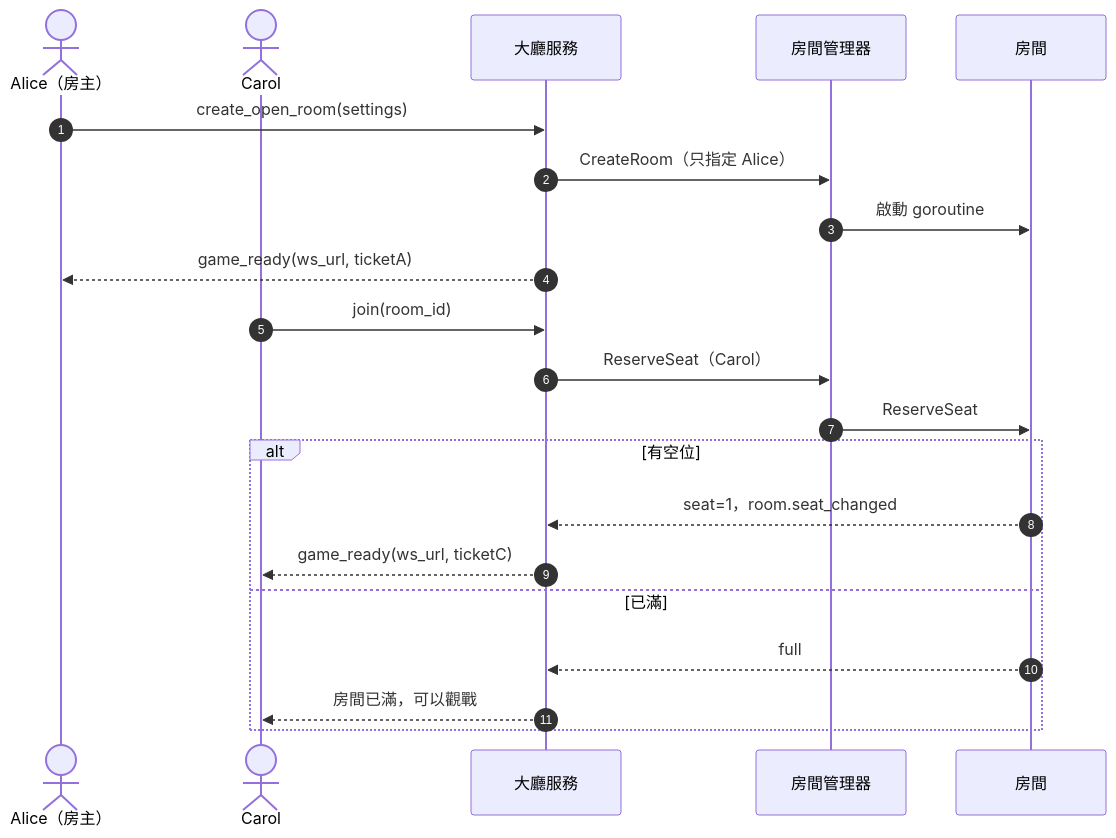
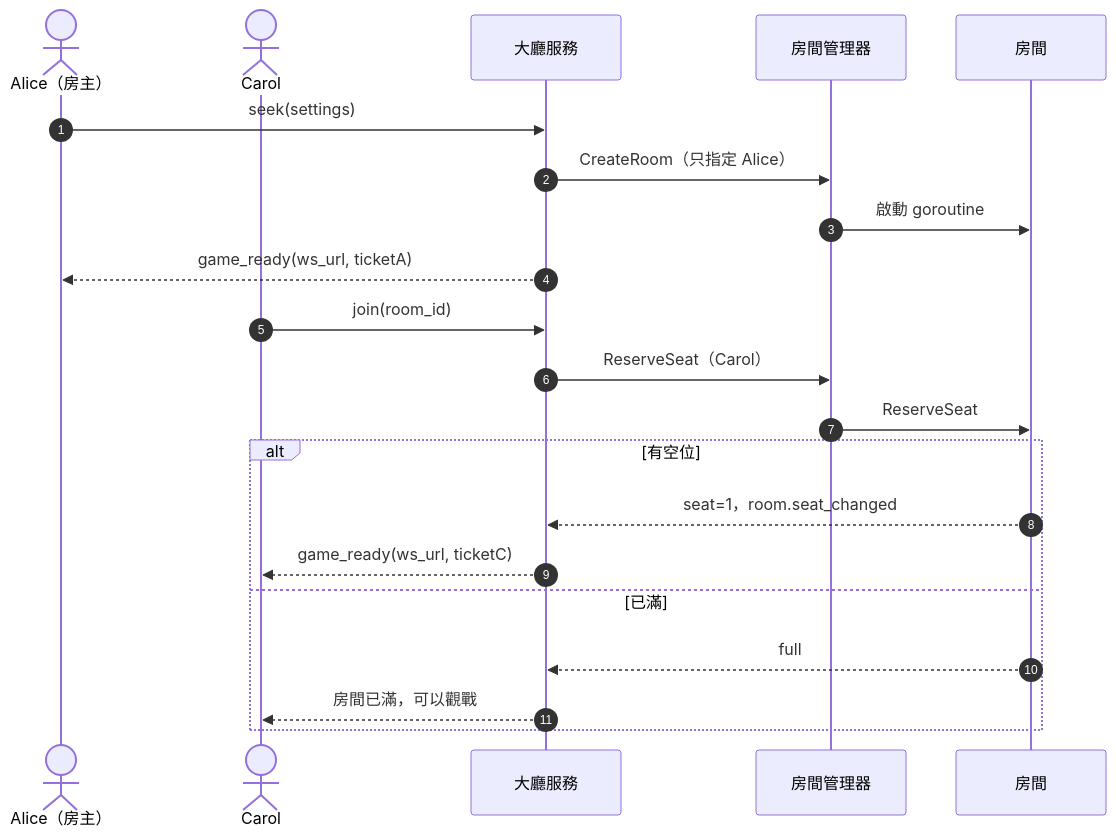
The fourth of 4 diagrams in docs/spec_v1.md (yshsu0918/yi-arena), drawn with Mermaid before and after one commit. The commit also changed other lines of this file and 4 other files, not shown here.

````diff
--- a/docs/spec_v1.md
+++ b/docs/spec_v1.md
@@ -342,24 +343,24 @@
 ```mermaid
 sequenceDiagram
   autonumber
   actor A as Alice（房主）
   actor C as Carol
   participant L as 大廳服務
   participant M as 房間管理器
   participant R as 房間
 
-  A->>L: create_open_room(settings)
+  A->>L: seek(settings)
   L->>M: CreateRoom（只指定 Alice）
   M->>R: 啟動 goroutine
   L-->>A: game_ready(ws_url, ticketA)
   C->>L: join(room_id)
   L->>M: ReserveSeat（Carol）
   M->>R: ReserveSeat
   alt 有空位
     R-->>L: seat=1，room.seat_changed
     L-->>C: game_ready(ws_url, ticketC)
   else 已滿
     R-->>L: full
     L-->>C: 房間已滿，可以觀戰
   end
 ```
````
